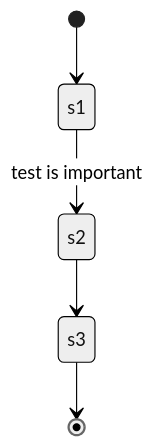
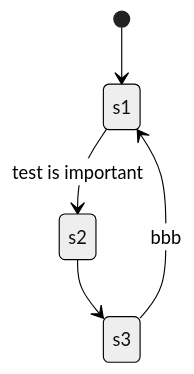
The diagram in Assets/Scripts/test.md (iodoform/BubbleConverter), drawn with Mermaid (neutral theme) before and after one commit. The commit also changed 14 other files, not shown here.

````diff
--- a/Assets/Scripts/test.md
+++ b/Assets/Scripts/test.md
@@ -1,10 +1,11 @@
 ```MerMaiD
 stateDiagram-v2
     [*]-->s1
     s1 
     --> 
     s2 : test is important
 
 
-    s2 --> s3 s3  -->[*]%%aaaaaaa
+    s2 --> s3 
+    s3-->s1:bbb
 ```
````
